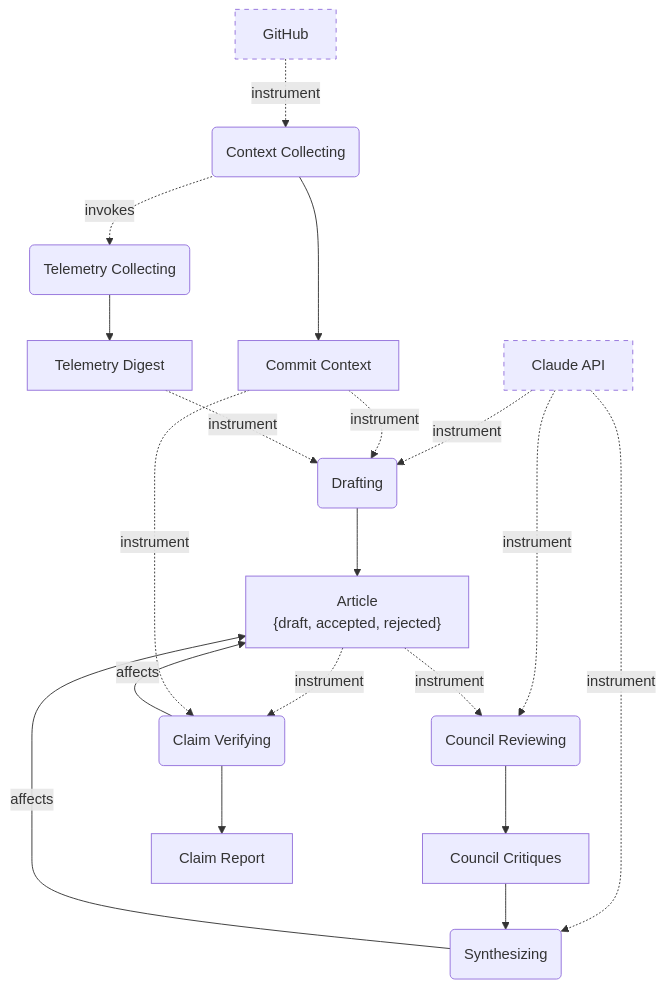
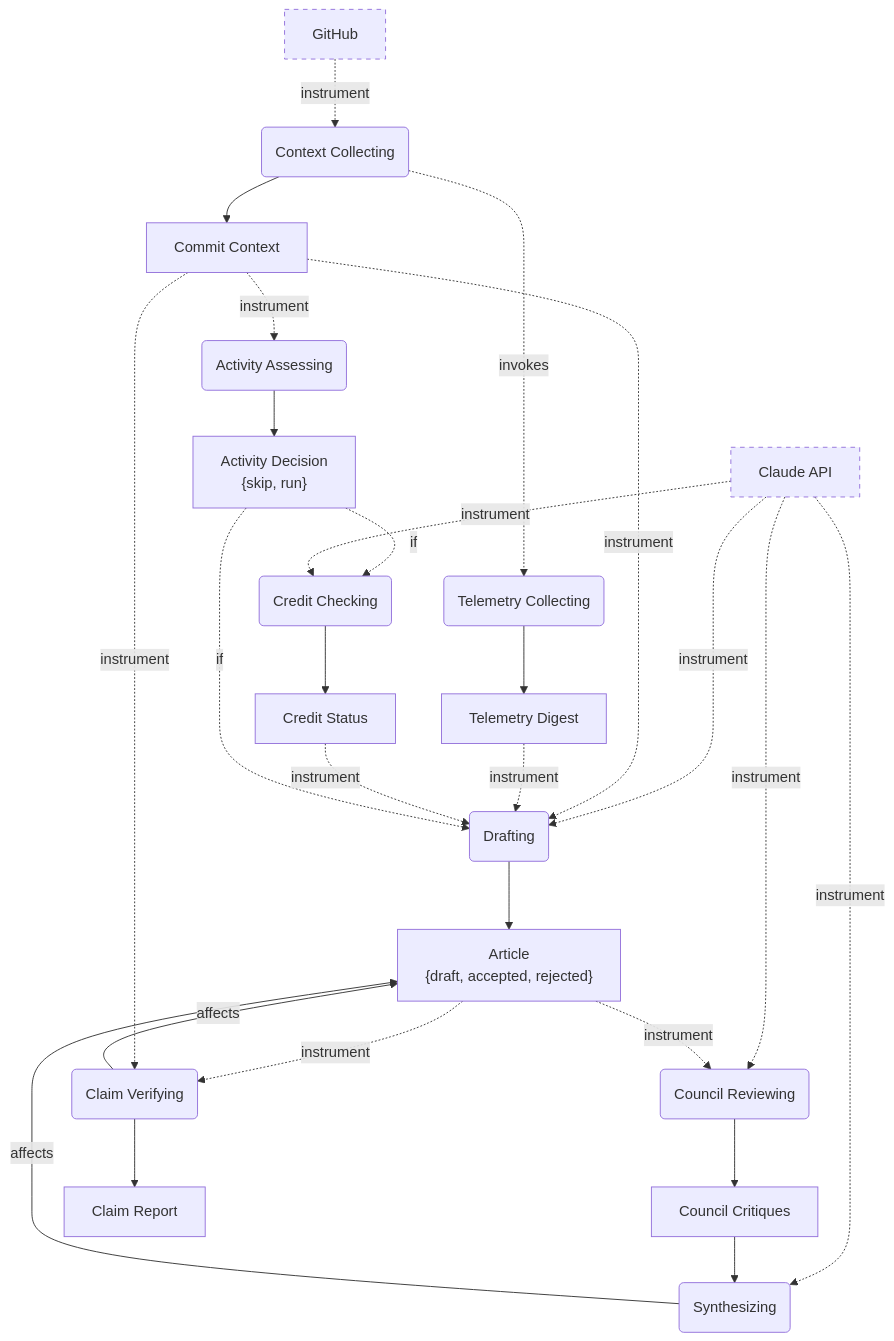
The second of 2 diagrams in opm/system.md (ojfbot/daily-logger), drawn with Mermaid before and after one commit. The commit also changed other lines of this file and 13 other files, not shown here.

````diff
--- a/opm/system.md
+++ b/opm/system.md
@@ -45,39 +45,50 @@
 ```mermaid
 flowchart TD
   GitHub[GitHub]
   ClaudeAPI[Claude API]
   CommitContext[Commit Context]
   TelemetryDigest[Telemetry Digest]
+  ActivityDecision["Activity Decision<br/>{skip, run}"]
+  CreditStatus[Credit Status]
   Article["Article<br/>{draft, accepted, rejected}"]
   CouncilCritiques[Council Critiques]
   ClaimReport[Claim Report]
 
   ContextCollecting(Context Collecting)
   TelemetryCollecting(Telemetry Collecting)
+  ActivityAssessing(Activity Assessing)
+  CreditChecking(Credit Checking)
   Drafting(Drafting)
   CouncilReviewing(Council Reviewing)
   Synthesizing(Synthesizing)
   ClaimVerifying(Claim Verifying)
 
   style GitHub stroke-dasharray: 5 5
   style ClaudeAPI stroke-dasharray: 5 5
 
   GitHub -. instrument .-> ContextCollecting
   ContextCollecting -. invokes .-> TelemetryCollecting
   ContextCollecting --> CommitContext
   TelemetryCollecting --> TelemetryDigest
+  CommitContext -. instrument .-> ActivityAssessing
+  ActivityAssessing --> ActivityDecision
+  ActivityDecision -. if .-> CreditChecking
+  ClaudeAPI -. instrument .-> CreditChecking
+  CreditChecking --> CreditStatus
   ClaudeAPI -. instrument .-> Drafting
   CommitContext -. instrument .-> Drafting
   TelemetryDigest -. instrument .-> Drafting
+  CreditStatus -. instrument .-> Drafting
+  ActivityDecision -. if .-> Drafting
   Drafting --> Article
   ClaudeAPI -. instrument .-> CouncilReviewing
   Article -. instrument .-> CouncilReviewing
   CouncilReviewing --> CouncilCritiques
   ClaudeAPI -. instrument .-> Synthesizing
   CouncilCritiques --> Synthesizing
   Synthesizing -- affects --> Article
   Article -. instrument .-> ClaimVerifying
   CommitContext -. instrument .-> ClaimVerifying
   ClaimVerifying --> ClaimReport
   ClaimVerifying -- affects --> Article
 ```
````
